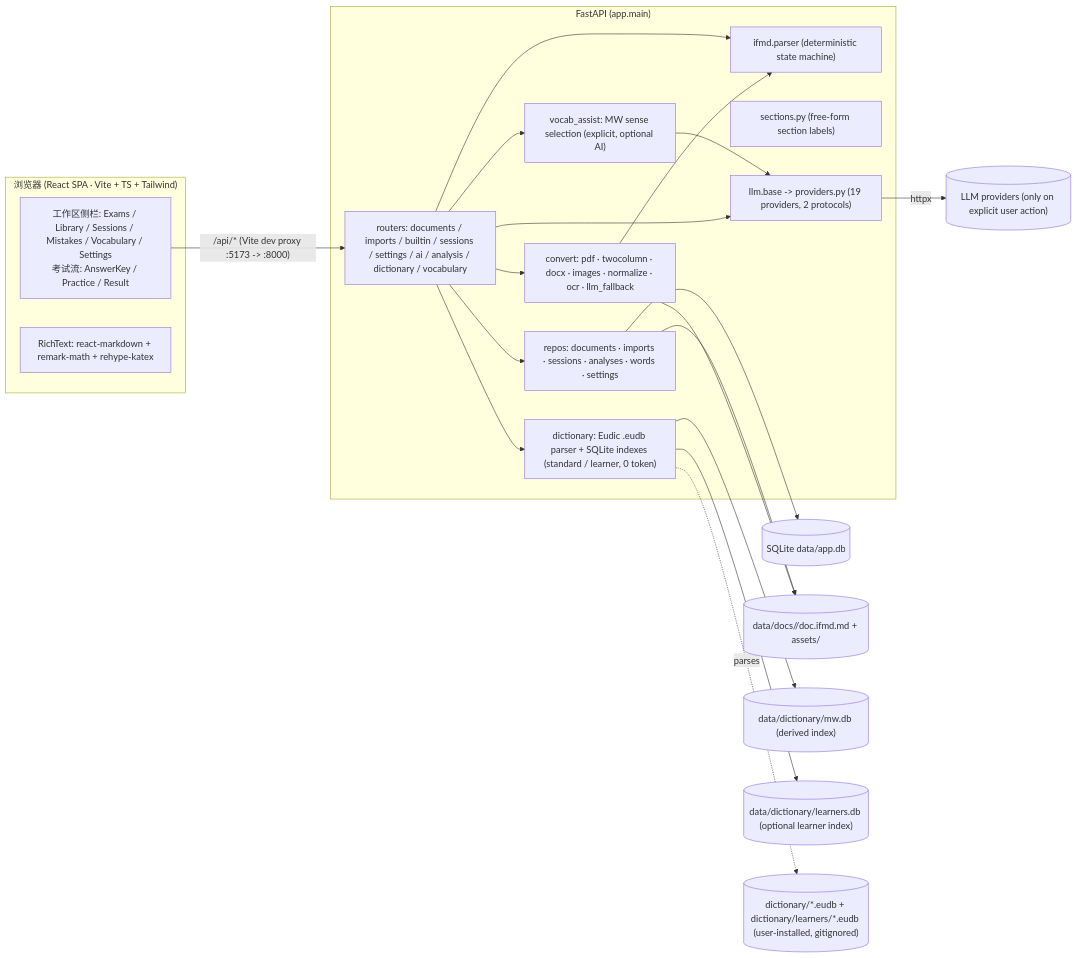
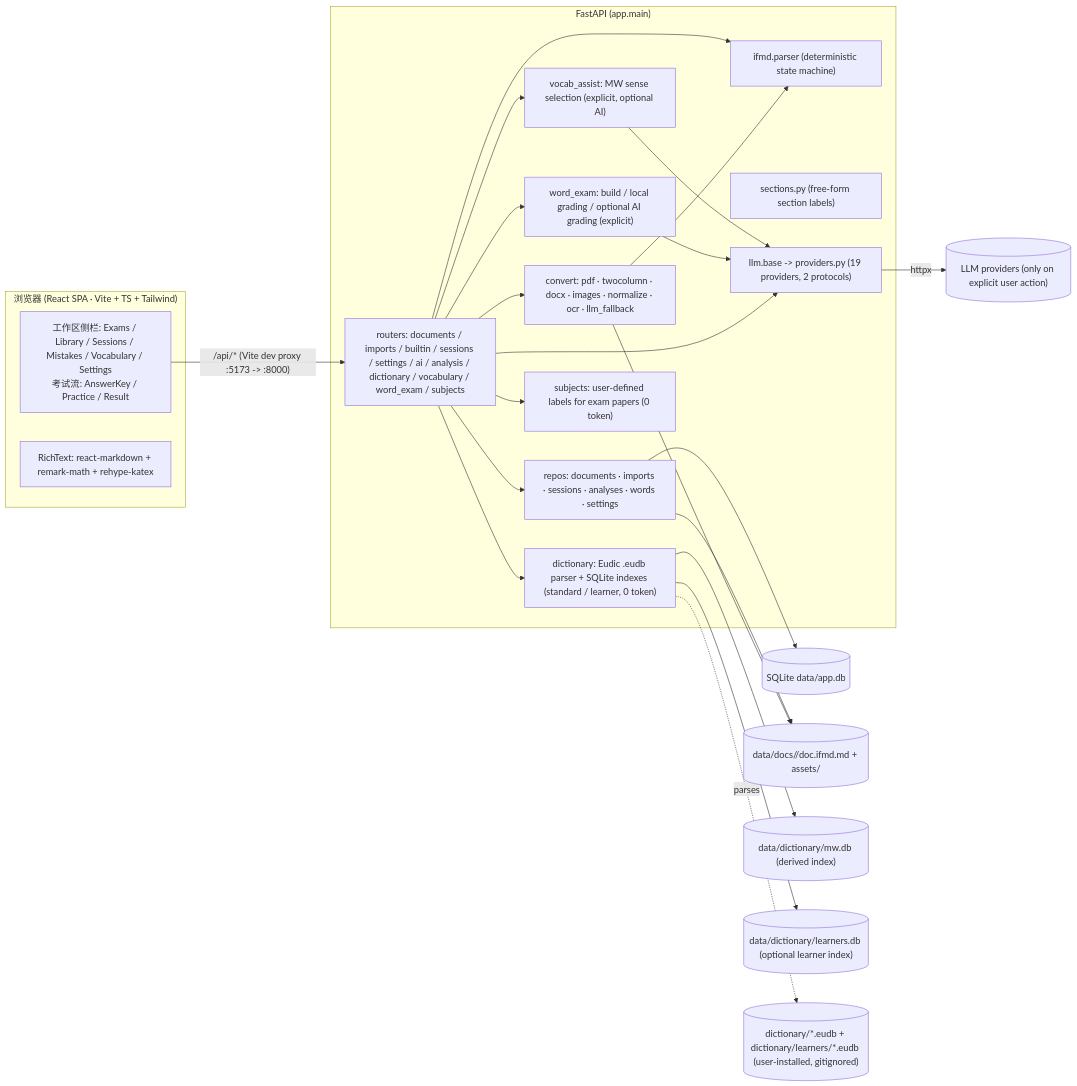
One commit to JasonSun2009CN/InteFlow changed the first of 2 diagrams in docs/ARCHITECTURE.md. Above: the diagram before and after it, drawn with Mermaid. The commit also changed other lines of this file and 44 other files, not shown here.

````diff
--- a/docs/ARCHITECTURE.md
+++ b/docs/ARCHITECTURE.md
@@ -13,36 +13,41 @@
 ```mermaid
 flowchart LR
   subgraph Browser["浏览器 (React SPA · Vite + TS + Tailwind)"]
     UI["工作区侧栏: Exams / Library / Sessions / Mistakes / Vocabulary / Settings<br/>考试流: AnswerKey / Practice / Result"]
     RT["RichText: react-markdown + remark-math + rehype-katex"]
   end
 
   UI -- "/api/* (Vite dev proxy :5173 -> :8000)" --> API
 
   subgraph Backend["FastAPI (app.main)"]
-    API["routers: documents / imports / builtin / sessions / settings / ai / analysis / dictionary / vocabulary"]
+    API["routers: documents / imports / builtin / sessions / settings / ai / analysis / dictionary / vocabulary / word_exam / subjects"]
     CONV["convert: pdf · twocolumn · docx · images · normalize · ocr · llm_fallback"]
     PARSE["ifmd.parser (deterministic state machine)"]
     REPOS["repos: documents · imports · sessions · analyses · words · settings"]
     DICT["dictionary: Eudic .eudb parser + SQLite indexes (standard / learner, 0 token)"]
     ASSIST["vocab_assist: MW sense selection (explicit, optional AI)"]
+    EXAM["word_exam: build / local grading / optional AI grading (explicit)"]
+    SUBJ["subjects: user-defined labels for exam papers (0 token)"]
     SEC["sections.py (free-form section labels)"]
     LLM["llm.base -> providers.py (19 providers, 2 protocols)"]
     API --> CONV
     API --> PARSE
     API --> REPOS
     API --> DICT
     API --> ASSIST
+    API --> EXAM
+    API --> SUBJ
     ASSIST --> LLM
+    EXAM --> LLM
     CONV --> PARSE
     API --> LLM
   end
 
   REPOS --> DB[("SQLite  data/app.db")]
   REPOS --> FS[("data/docs/<id>/doc.ifmd.md + assets/")]
   DICT --> MW[("data/dictionary/mw.db (derived index)")]
   DICT --> LRN[("data/dictionary/learners.db (optional learner index)")]
   DICT -. parses .-> EUDB[("dictionary/*.eudb + dictionary/learners/*.eudb (user-installed, gitignored)")]
   CONV --> FS
   LLM -- httpx --> PROV[("LLM providers (only on explicit user action)")]
 ```
````
